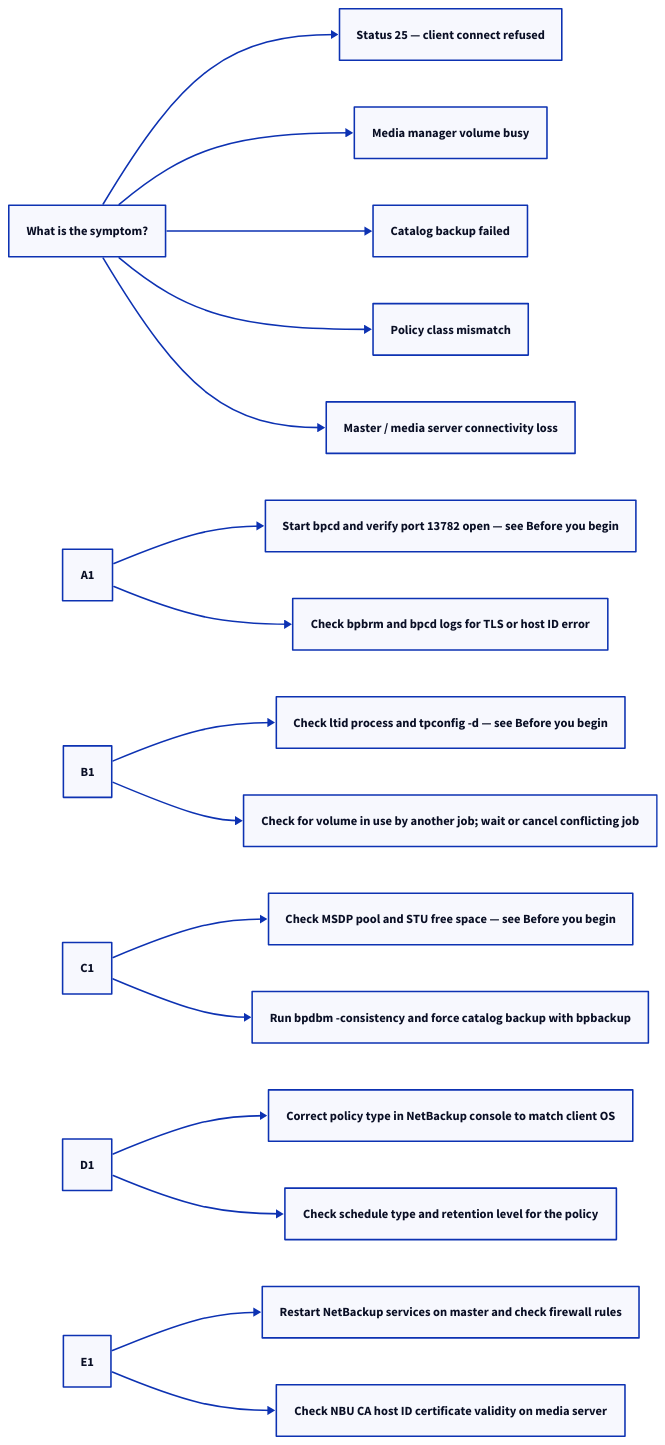
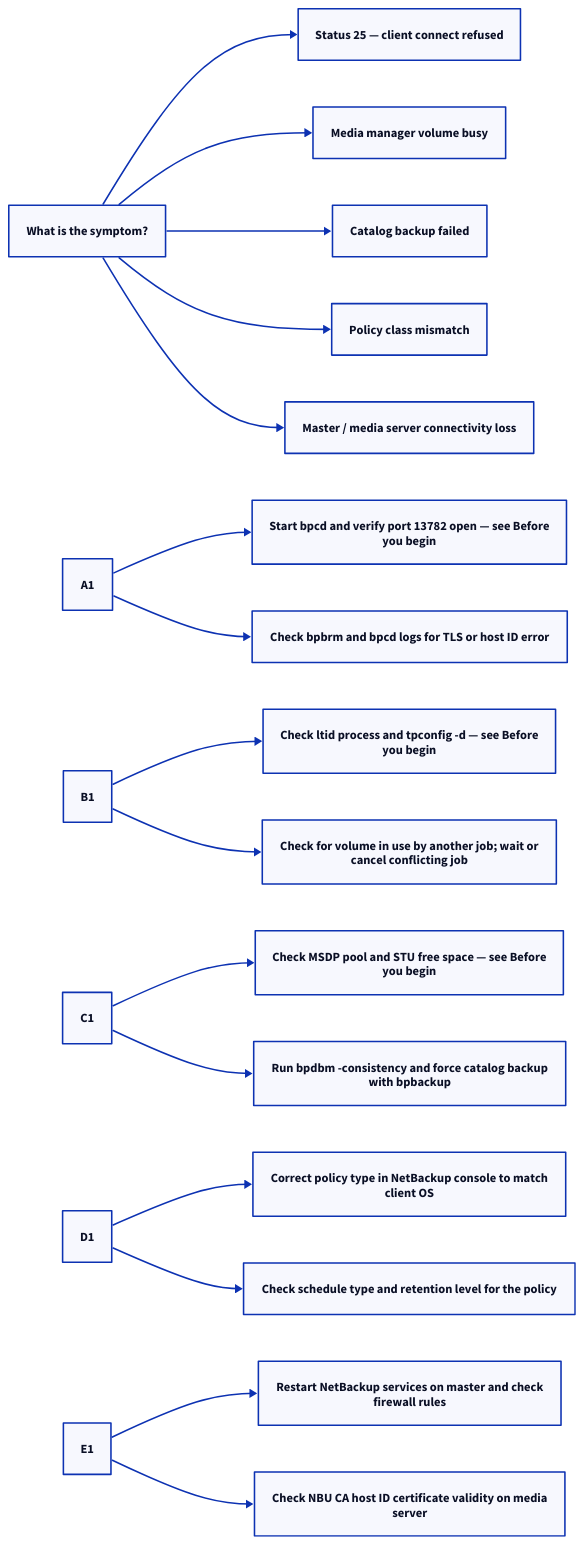
The second of 2 diagrams in docs/backup/netbackup/troubleshooting/common-issues/index.md (canast01/chris-kb), drawn with D2 before and after one commit. The commit also changed 192 other files, not shown here.

````diff
--- a/docs/backup/netbackup/troubleshooting/common-issues/index.md
+++ b/docs/backup/netbackup/troubleshooting/common-issues/index.md
@@ -170,41 +170,41 @@
 ```d2
 direction: right
 
 S: "What is the symptom?" {shape: rectangle}
 A: "Status 25 — client connect refused" {shape: rectangle}
 B: "Media manager volume busy" {shape: rectangle}
 C: "Catalog backup failed" {shape: rectangle}
 D: "Policy class mismatch" {shape: rectangle}
 E: "Master / media server connectivity loss" {shape: rectangle}
 A1: "A1" {shape: rectangle}
-A2: "Start bpcd and verify port 13782 open — see Before you begin" {shape: rectangle}
+A2: "Start bpcd and verify port 13782 open — see Before\nyou begin" {shape: rectangle}
 A3: "Check bpbrm and bpcd logs for TLS or host ID error" {shape: rectangle}
 B1: "B1" {shape: rectangle}
-B2: "Check ltid process and tpconfig -d — see Before you begin" {shape: rectangle}
-B3: "Check for volume in use by another job; wait or cancel conflicting job" {shape: rectangle}
+B2: "Check ltid process and tpconfig -d — see Before\nyou begin" {shape: rectangle}
+B3: "Check for volume in use by another job; wait or\ncancel conflicting job" {shape: rectangle}
 C1: "C1" {shape: rectangle}
-C2: "Check MSDP pool and STU free space — see Before you begin" {shape: rectangle}
-C3: "Run bpdbm -consistency and force catalog backup with bpbackup" {shape: rectangle}
+C2: "Check MSDP pool and STU free space — see Before\nyou begin" {shape: rectangle}
+C3: "Run bpdbm -consistency and force catalog backup\nwith bpbackup" {shape: rectangle}
 D1: "D1" {shape: rectangle}
-D2: "Correct policy type in NetBackup console to match client OS" {shape: rectangle}
+D2: "Correct policy type in NetBackup console to match\nclient OS" {shape: rectangle}
 D3: "Check schedule type and retention level for the policy" {shape: rectangle}
 E1: "E1" {shape: rectangle}
-E2: "Restart NetBackup services on master and check firewall rules" {shape: rectangle}
-E3: "Check NBU CA host ID certificate validity on media server" {shape: rectangle}
+E2: "Restart NetBackup services on master and check\nfirewall rules" {shape: rectangle}
+E3: "Check NBU CA host ID certificate validity on media\nserver" {shape: rectangle}
 
 S -> A
 S -> B
 S -> C
 S -> D
 S -> E
 A1 -> A2
 A1 -> A3
 B1 -> B2
 B1 -> B3
 C1 -> C2
 C1 -> C3
 D1 -> D2
 D1 -> D3
 E1 -> E2
 E1 -> E3
 ```
````
